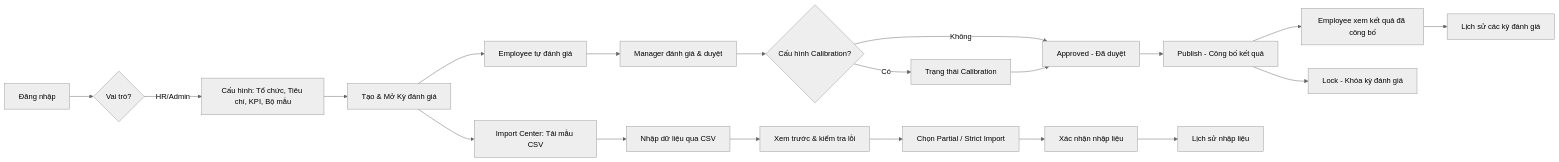
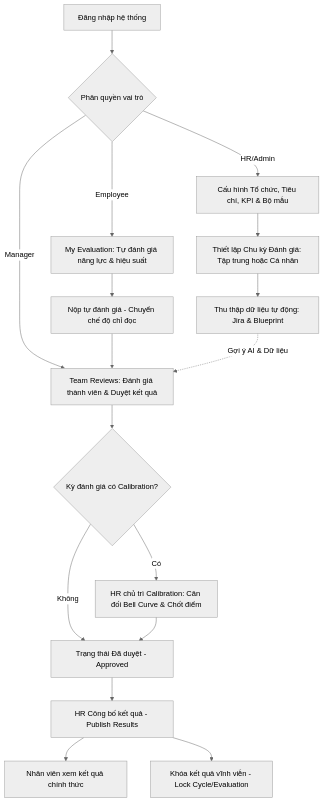
Before and after one commit to PhuocNT93/kpi-system: the first of 2 diagrams in frontend/src/assets/user-guide.md, drawn with Mermaid (neutral theme). The commit also changed other lines of this file and 20 other files, not shown here.

````diff
--- a/frontend/src/assets/user-guide.md
+++ b/frontend/src/assets/user-guide.md
@@ -29,22 +26,24 @@
 ```mermaid
-flowchart LR
-    A[Đăng nhập] --> B{Vai trò?}
-    B -->|HR/Admin| C[Cấu hình: Tổ chức, Tiêu chí, KPI, Bộ mẫu]
-    C --> D[Tạo & Mở Kỳ đánh giá]
-    D --> E[Employee tự đánh giá]
-    E --> F[Manager đánh giá & duyệt]
-    F --> G{Cấu hình Calibration?}
-    G -->|Có| H[Trạng thái Calibration]
-    G -->|Không| I[Approved - Đã duyệt]
-    H --> I
-    I --> J[Publish - Công bố kết quả]
-    J --> K[Employee xem kết quả đã công bố]
-    K --> L[Lịch sử các kỳ đánh giá]
-    J --> M[Lock - Khóa kỳ đánh giá]
-    D --> N[Import Center: Tải mẫu CSV]
-    N --> O[Nhập dữ liệu qua CSV]
-    O --> P[Xem trước & kiểm tra lỗi]
-    P --> Q[Chọn Partial / Strict Import]
-    Q --> R[Xác nhận nhập liệu]
-    R --> S[Lịch sử nhập liệu]
+flowchart TD
+    A[Đăng nhập hệ thống] --> B{Phân quyền vai trò}
+    
+    B -->|HR/Admin| C[Cấu hình Tổ chức, Tiêu chí, KPI & Bộ mẫu]
+    C --> D[Thiết lập Chu kỳ Đánh giá: Tập trung hoặc Cá nhân]
+    D --> E[Thu thập dữ liệu tự động: Jira & Blueprint]
+    
+    B -->|Employee| F[My Evaluation: Tự đánh giá năng lực & hiệu suất]
+    F --> G[Nộp tự đánh giá - Chuyển chế độ chỉ đọc]
+    
+    B -->|Manager| H[Team Reviews: Đánh giá thành viên & Duyệt kết quả]
+    G --> H
+    E -.->|Gợi ý AI & Dữ liệu| H
+    
+    H --> I{Kỳ đánh giá có Calibration?}
+    I -->|Có| J[HR chủ trì Calibration: Cân đối Bell Curve & Chốt điểm]
+    I -->|Không| K[Trạng thái Đã duyệt - Approved]
+    J --> K
+    
+    K --> L[HR Công bố kết quả - Publish Results]
+    L --> M[Nhân viên xem kết quả chính thức]
+    L --> N[Khóa kết quả vĩnh viễn - Lock Cycle/Evaluation]
 ```
````
